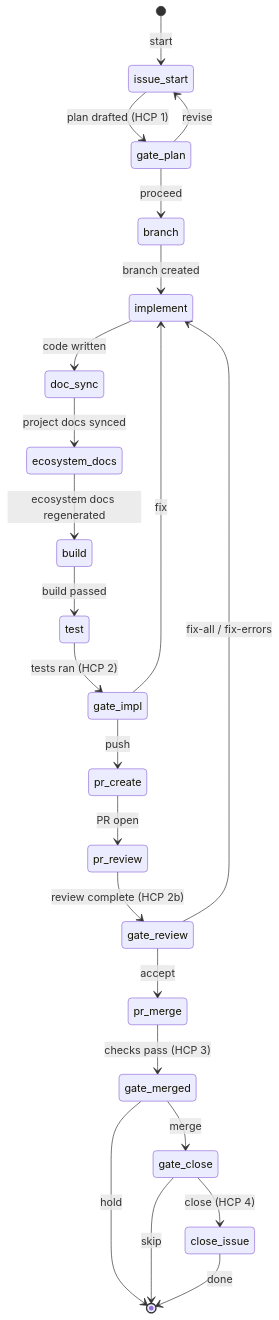
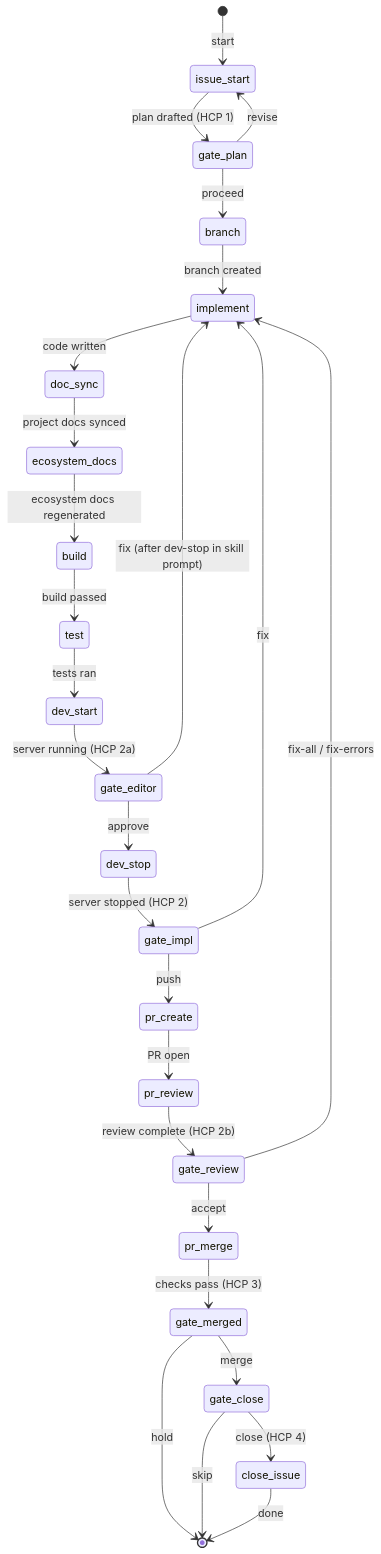
One commit to ashitaka-emishi/lob-online changed the diagram in docs/workflows/issue-implement/issue-implement.states.md. Above: the diagram before and after it, drawn with Mermaid. The commit also changed other lines of this file and 8 other files, not shown here.

First line of the commit message:
feat(#61): add live editor review gate to issue-implement workflow (#65)

````diff
--- a/docs/workflows/issue-implement/issue-implement.states.md
+++ b/docs/workflows/issue-implement/issue-implement.states.md
@@ -20,30 +34,34 @@
 ```mermaid
 stateDiagram-v2
     [*] --> issue_start : start
 
     issue_start --> gate_plan : plan drafted (HCP 1)
     gate_plan --> branch : proceed
     gate_plan --> issue_start : revise
 
     branch --> implement : branch created
     implement --> doc_sync : code written
     doc_sync --> ecosystem_docs : project docs synced
     ecosystem_docs --> build : ecosystem docs regenerated
     build --> test : build passed
-    test --> gate_impl : tests ran (HCP 2)
+    test --> dev_start : tests ran
+    dev_start --> gate_editor : server running (HCP 2a)
+    gate_editor --> dev_stop : approve
+    gate_editor --> implement : fix (after dev-stop in skill prompt)
+    dev_stop --> gate_impl : server stopped (HCP 2)
     gate_impl --> pr_create : push
     gate_impl --> implement : fix
 
     pr_create --> pr_review : PR open
     pr_review --> gate_review : review complete (HCP 2b)
     gate_review --> pr_merge : accept
     gate_review --> implement : fix-all / fix-errors
 
     pr_merge --> gate_merged : checks pass (HCP 3)
     gate_merged --> gate_close : merge
     gate_merged --> [*] : hold
 
     gate_close --> close_issue : close (HCP 4)
     gate_close --> [*] : skip
     close_issue --> [*] : done
 ```
````
